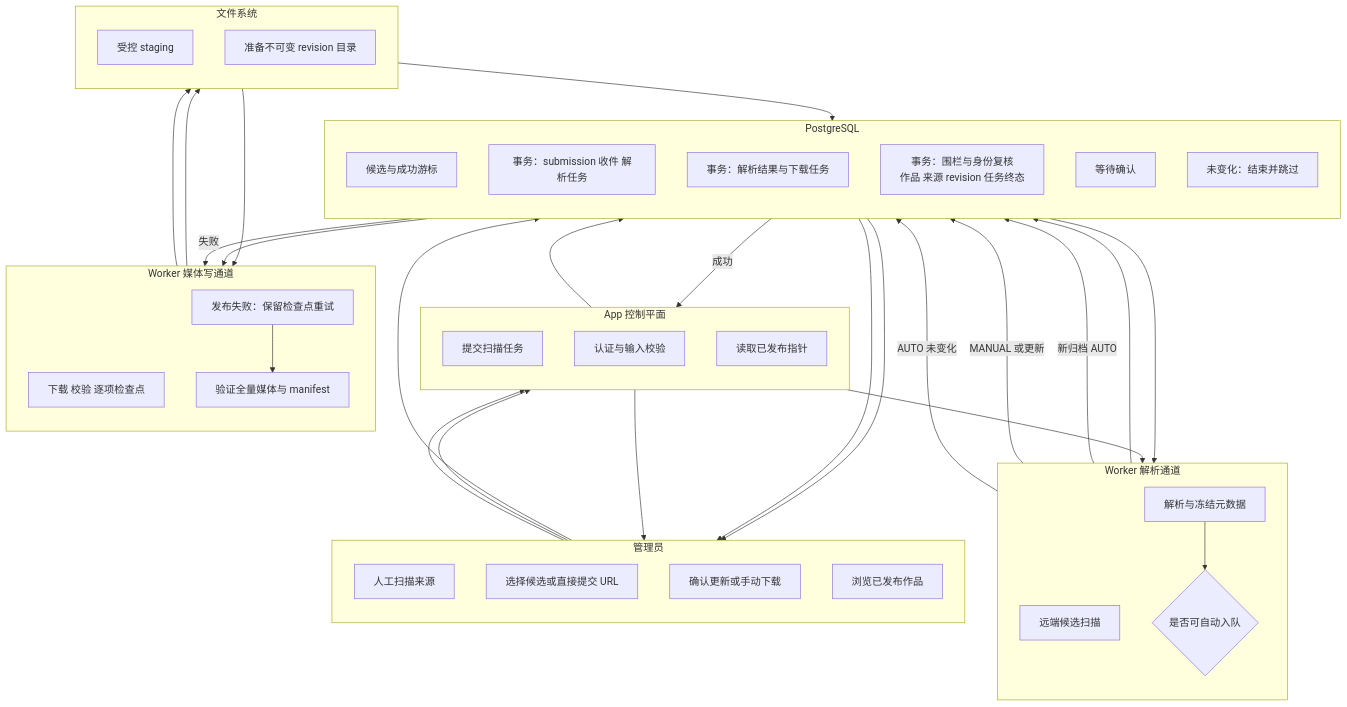
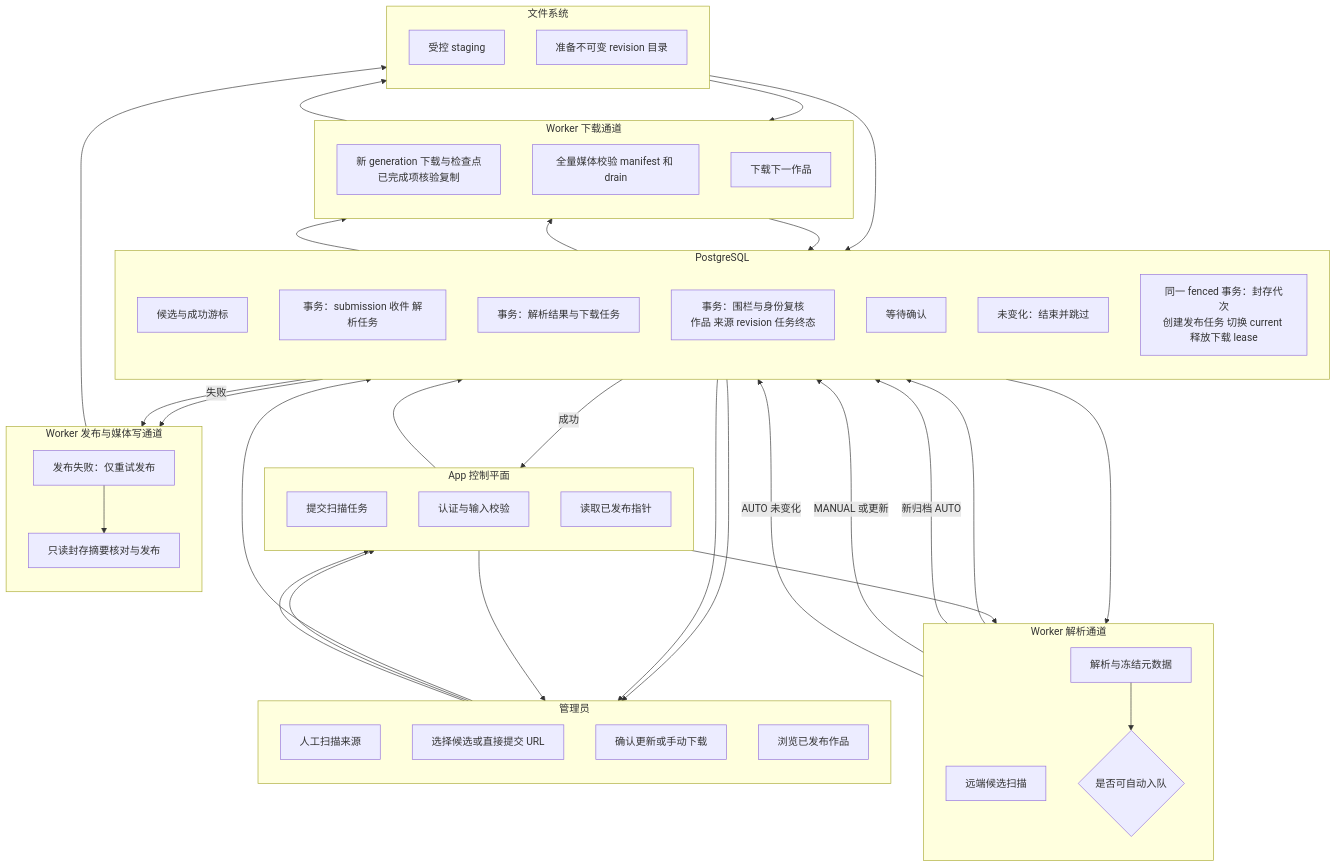
The diagram in docs/diagrams/features/archive-flow.mmd (namehu/PixiShelf), drawn with Mermaid before and after one commit. The commit also changed 113 other files, not shown here.

```diff
--- a/docs/diagrams/features/archive-flow.mmd
+++ b/docs/diagrams/features/archive-flow.mmd
@@ -1,48 +1,58 @@
 flowchart TB
   subgraph User[管理员]
     direction TB
     U1[人工扫描来源]
     U2[选择候选或直接提交 URL]
     U3[确认更新或手动下载]
     U4[浏览已发布作品]
   end
   subgraph App[App 控制平面]
     direction TB
     A1[提交扫描任务]
     A2[认证与输入校验]
     A3[读取已发布指针]
   end
   subgraph Resolver[Worker 解析通道]
     direction TB
     R1[远端候选扫描]
     R2[解析与冻结元数据]
     R3{是否可自动入队}
   end
   subgraph DB[PostgreSQL]
     direction TB
     D1[候选与成功游标]
     D2[事务：submission 收件 解析任务]
     D3[事务：解析结果与下载任务]
     D4[事务：围栏与身份复核<br/>作品 来源 revision 任务终态]
     D5[等待确认]
     D6[未变化：结束并跳过]
+    D7[同一 fenced 事务：封存代次
+创建发布任务 切换 current 释放下载 lease]
   end
-  subgraph Writer[Worker 媒体写通道]
+  subgraph Download[Worker 下载通道]
     direction TB
-    W1[下载 校验 逐项检查点]
-    W2[验证全量媒体与 manifest]
-    W3[发布失败：保留检查点重试]
+    W1[新 generation 下载与检查点
+已完成项核验复制]
+    W2[全量媒体校验 manifest 和 drain]
+    W0[下载下一作品]
+  end
+  subgraph Writer[Worker 发布与媒体写通道]
+    direction TB
+    W3[只读封存摘要核对与发布]
+    W4[发布失败：仅重试发布]
   end
   subgraph Files[文件系统]
     direction TB
     F1[受控 staging]
     F2[准备不可变 revision 目录]
   end
   U1 --> A1 --> R1 --> D1 --> U2
   U2 --> A2 --> D2 --> R2 --> R3
   R3 -->|新归档 AUTO| D3
   R3 -->|MANUAL 或更新| D5 --> U3 --> D3
   R3 -->|AUTO 未变化| D6
-  D3 --> W1 --> F1 --> W2 --> F2 --> D4
+  D3 --> W1 --> F1 --> W2 --> D7
+  D7 --> W0
+  D7 --> W3 --> F2 --> D4
   D4 -->|成功| A3 --> U4
-  D4 -->|失败| W3 --> W2
+  D4 -->|失败| W4 --> W3
```
